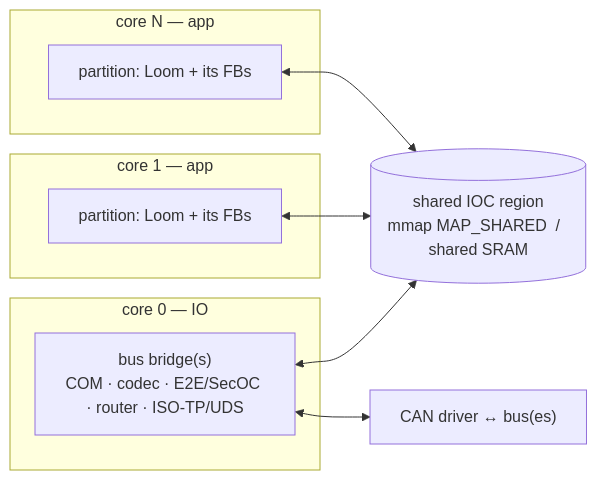
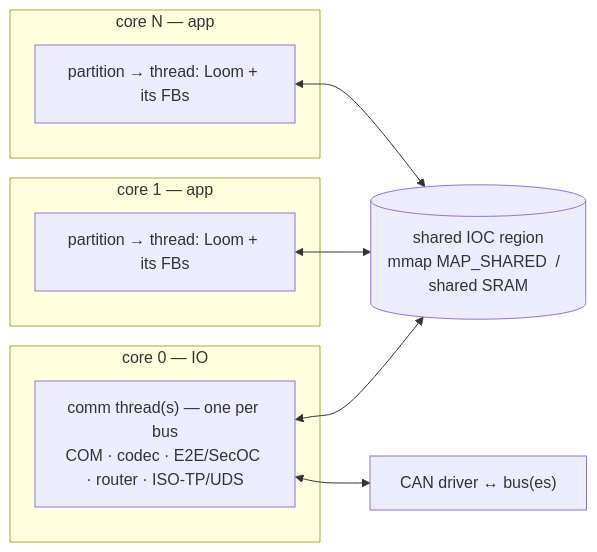
Before and after one commit to MartenH/blobly_emb: the second of 3 diagrams in docs/architecture.md, drawn with Mermaid. The commit also changed other lines of this file, not shown here.

First line of the commit message:
docs/architecture: reflect the thread model + comm-thread + ecucheck (post-#51)

````diff
--- a/docs/architecture.md
+++ b/docs/architecture.md
@@ -78,19 +78,19 @@
 ```mermaid
 graph LR
   subgraph c0["core 0 — IO"]
-    BR["bus bridge(s)<br/>COM · codec · E2E/SecOC · router · ISO-TP/UDS"]
+    BR["comm thread(s) — one per bus<br/>COM · codec · E2E/SecOC · router · ISO-TP/UDS"]
   end
   subgraph c1["core 1 — app"]
-    PA["partition: Loom + its FBs"]
+    PA["partition → thread: Loom + its FBs"]
   end
   subgraph cn["core N — app"]
-    PB["partition: Loom + its FBs"]
+    PB["partition → thread: Loom + its FBs"]
   end
   SHM[("shared IOC region<br/>mmap MAP_SHARED  /  shared SRAM")]
   CAN["CAN driver ↔ bus(es)"]
 
   BR <--> SHM
   PA <--> SHM
   PB <--> SHM
   BR <--> CAN
 ```
````
